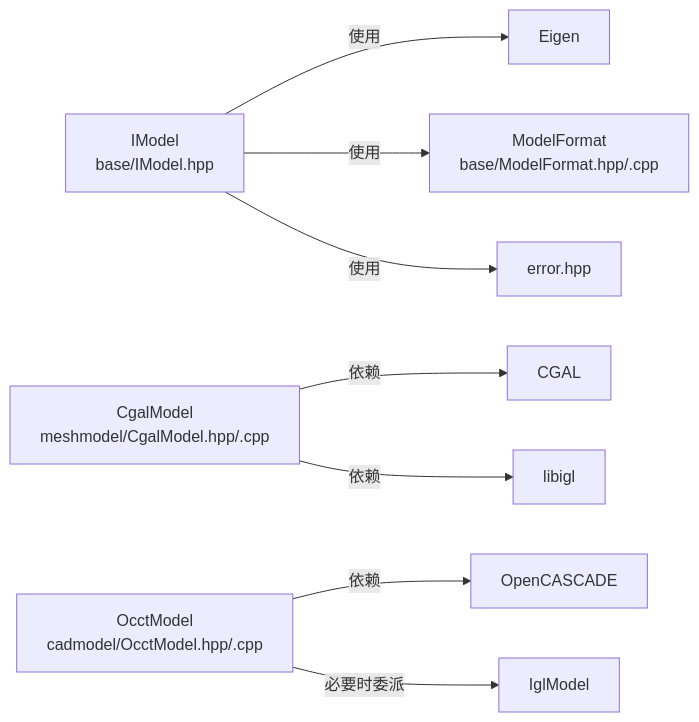
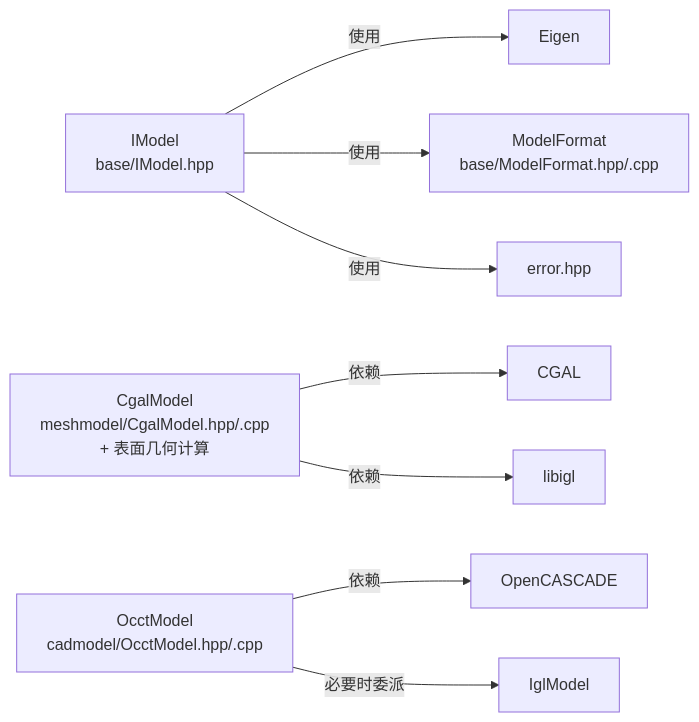
One commit to hsmbanlance/HsBaSlicer changed the third of 6 diagrams in .qoder/repowiki/zh/content/核心模块详解/模型抽象层.md. Above: the diagram before and after it, drawn with Mermaid. The commit also changed other lines of this file and 31 other files, not shown here.

First line of the commit message:
docs(architecture): 更新文档以包含事件处理系统和动态库测试

````diff
--- a/.qoder/repowiki/zh/content/核心模块详解/模型抽象层.md
+++ b/.qoder/repowiki/zh/content/核心模块详解/模型抽象层.md
@@ -239,10 +261,10 @@
 ```mermaid
 graph LR
 IModel["IModel<br/>base/IModel.hpp"] --> |使用| Eigen["Eigen"]
 IModel --> |使用| ModelFmt["ModelFormat<br/>base/ModelFormat.hpp/.cpp"]
 IModel --> |使用| Error["error.hpp"]
-Cgal["CgalModel<br/>meshmodel/CgalModel.hpp/.cpp"] --> |依赖| CGAL["CGAL"]
+Cgal["CgalModel<br/>meshmodel/CgalModel.hpp/.cpp<br/>+ 表面几何计算"] --> |依赖| CGAL["CGAL"]
 Cgal --> |依赖| IGL["libigl"]
 Occt["OcctModel<br/>cadmodel/OcctModel.hpp/.cpp"] --> |依赖| OCC["OpenCASCADE"]
 Occt --> |必要时委派| Igl["IglModel"]
 ```
````
